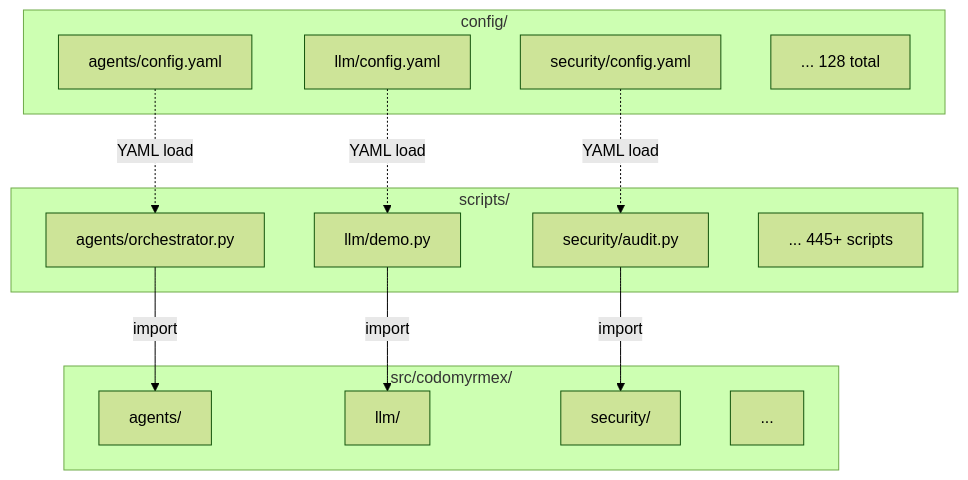
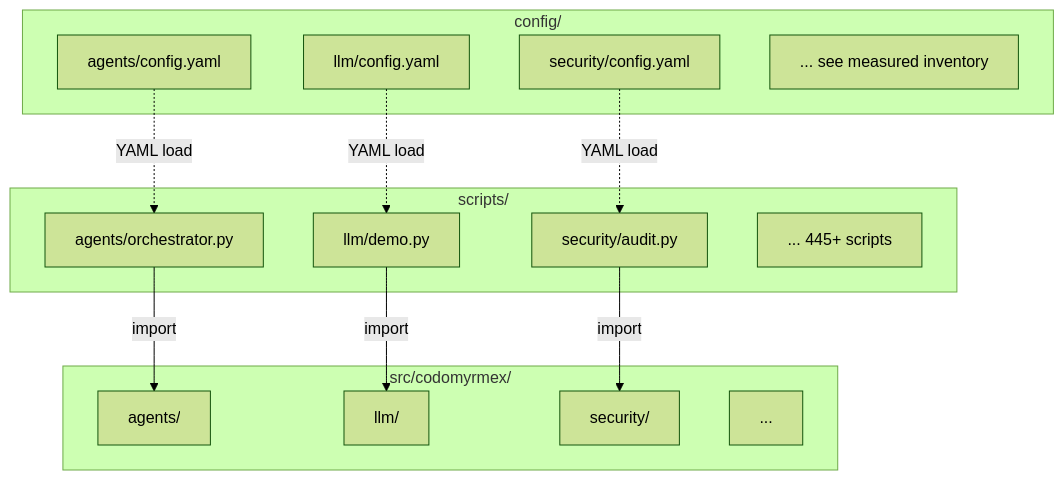
Before and after one commit to docxology/codomyrmex: the sixth of 7 diagrams in .github/README.md, drawn with Mermaid (forest theme). The commit also changed other lines of this file and 287 other files, not shown here.

````diff
--- a/.github/README.md
+++ b/.github/README.md
@@ -663,30 +663,30 @@
 ```mermaid
 graph TB
     subgraph ConfigRoot["config/"]
         C1["agents/config.yaml"]
         C2["llm/config.yaml"]
         C3["security/config.yaml"]
-        Cdots["... 128 total"]
+        Cdots["... see measured inventory"]
     end
 
     subgraph Scripts["scripts/"]
         S1["agents/orchestrator.py"]
         S2["llm/demo.py"]
         S3["security/audit.py"]
         Sdots["... 445+ scripts"]
     end
 
     subgraph Source["src/codomyrmex/"]
         Src1["agents/"]
         Src2["llm/"]
         Src3["security/"]
         SrcDots["..."]
     end
 
     C1 -.->|"YAML load"| S1
     C2 -.->|"YAML load"| S2
     C3 -.->|"YAML load"| S3
     S1 -->|"import"| Src1
     S2 -->|"import"| Src2
     S3 -->|"import"| Src3
 ```
````
